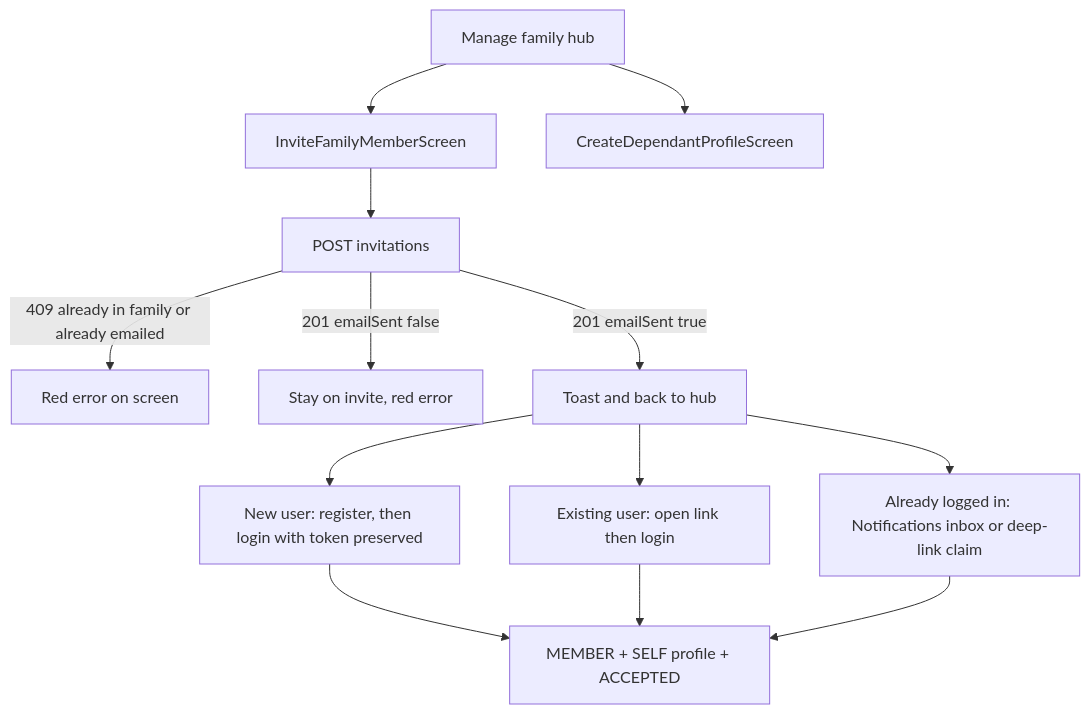
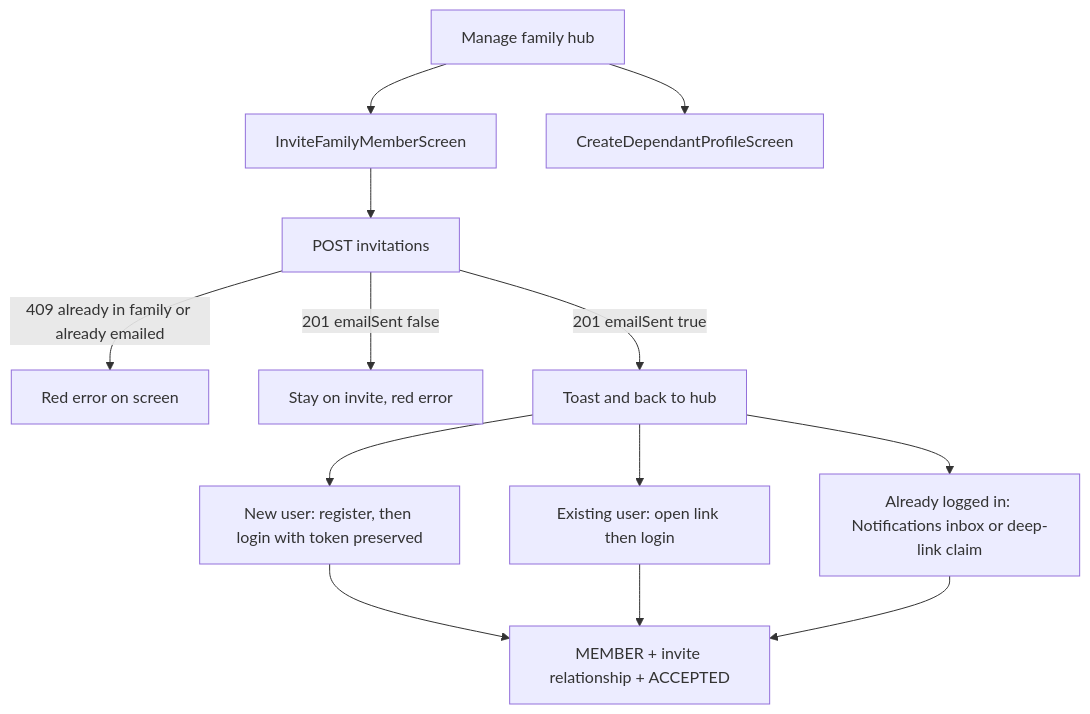
The diagram in client/mobile/app/src/main/java/sg/edu/nus/iss/canmakan/features/family/README.md (CanMakan-Team/CanMakan), drawn with Mermaid before and after one commit. The commit also changed other lines of this file and 38 other files, not shown here.

````diff
--- a/client/mobile/app/src/main/java/sg/edu/nus/iss/canmakan/features/family/README.md
+++ b/client/mobile/app/src/main/java/sg/edu/nus/iss/canmakan/features/family/README.md
@@ -47,15 +48,15 @@
 ```mermaid
 flowchart TD
   Hub[Manage family hub] --> Invite[InviteFamilyMemberScreen]
   Hub --> Dependant[CreateDependantProfileScreen]
   Invite --> Post[POST invitations]
   Post -->|409 already in family or already emailed| Err[Red error on screen]
   Post -->|201 emailSent false| Stay[Stay on invite, red error]
   Post -->|201 emailSent true| Email[Toast and back to hub]
   Email --> PathA[New user: register, then login with token preserved]
   Email --> PathB[Existing user: open link then login]
   Email --> PathC[Already logged in: Notifications inbox or deep-link claim]
-  PathA --> Join[MEMBER + SELF profile + ACCEPTED]
+  PathA --> Join[MEMBER + invite relationship + ACCEPTED]
   PathB --> Join
   PathC --> Join
 ```
````
